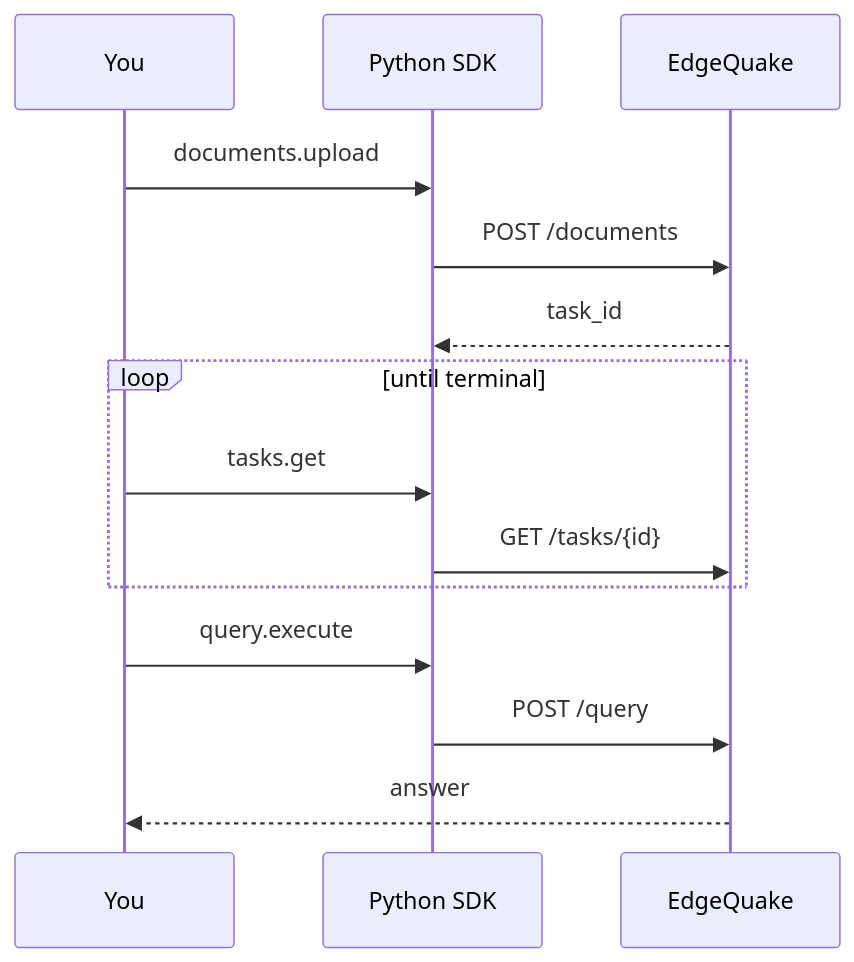
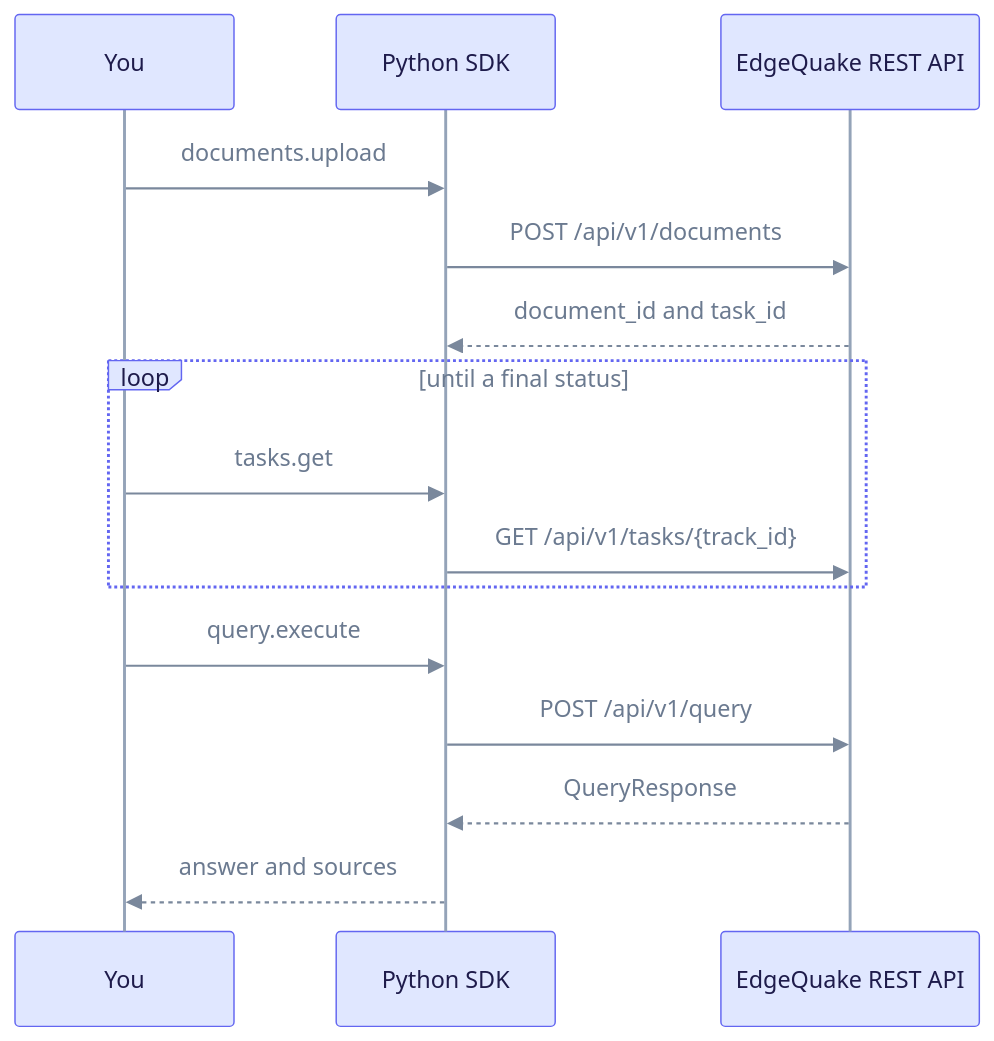
Before and after one commit to raphaelmansuy/edgequake: the diagram in docs/sdks/python/quickstart.md, drawn with Mermaid. The commit also changed other lines of this file and 194 other files, not shown here.

First line of the commit message:
Refresh docs against code and rebuild schema E/R as progressive steps

````diff
--- a/docs/sdks/python/quickstart.md
+++ b/docs/sdks/python/quickstart.md
@@ -53,16 +56,19 @@
 ```mermaid
+%%{init: {"theme":"base","themeVariables":{"primaryColor":"#E0E7FF","primaryBorderColor":"#6366F1","primaryTextColor":"#1E1B4B","secondaryColor":"#D1FAE5","secondaryBorderColor":"#10B981","secondaryTextColor":"#064E3B","tertiaryColor":"#FEF3C7","tertiaryBorderColor":"#F59E0B","tertiaryTextColor":"#6B7A90","lineColor":"#7A889C","clusterBkg":"rgba(99,102,241,0.07)","clusterBorder":"#A5B4FC","noteBkgColor":"#FEF9C3","noteTextColor":"#422006","textColor":"#6B7A90","titleColor":"#6B7A90","signalColor":"#7A889C","signalTextColor":"#6B7A90","loopTextColor":"#6B7A90","edgeLabelBackground":"#F1F5F9","actorLineColor":"#94A3B8"}}}%%
+%% eq-theme:v1
 sequenceDiagram
     participant You
     participant SDK as Python SDK
-    participant API as EdgeQuake
+    participant API as EdgeQuake REST API
     You->>SDK: documents.upload
-    SDK->>API: POST /documents
-    API-->>SDK: task_id
-    loop until terminal
+    SDK->>API: POST /api/v1/documents
+    API-->>SDK: document_id and task_id
+    loop until a final status
         You->>SDK: tasks.get
-        SDK->>API: GET /tasks/{id}
+        SDK->>API: GET /api/v1/tasks/{track_id}
     end
     You->>SDK: query.execute
-    SDK->>API: POST /query
-    API-->>You: answer
+    SDK->>API: POST /api/v1/query
+    API-->>SDK: QueryResponse
+    SDK-->>You: answer and sources
 ```
````
